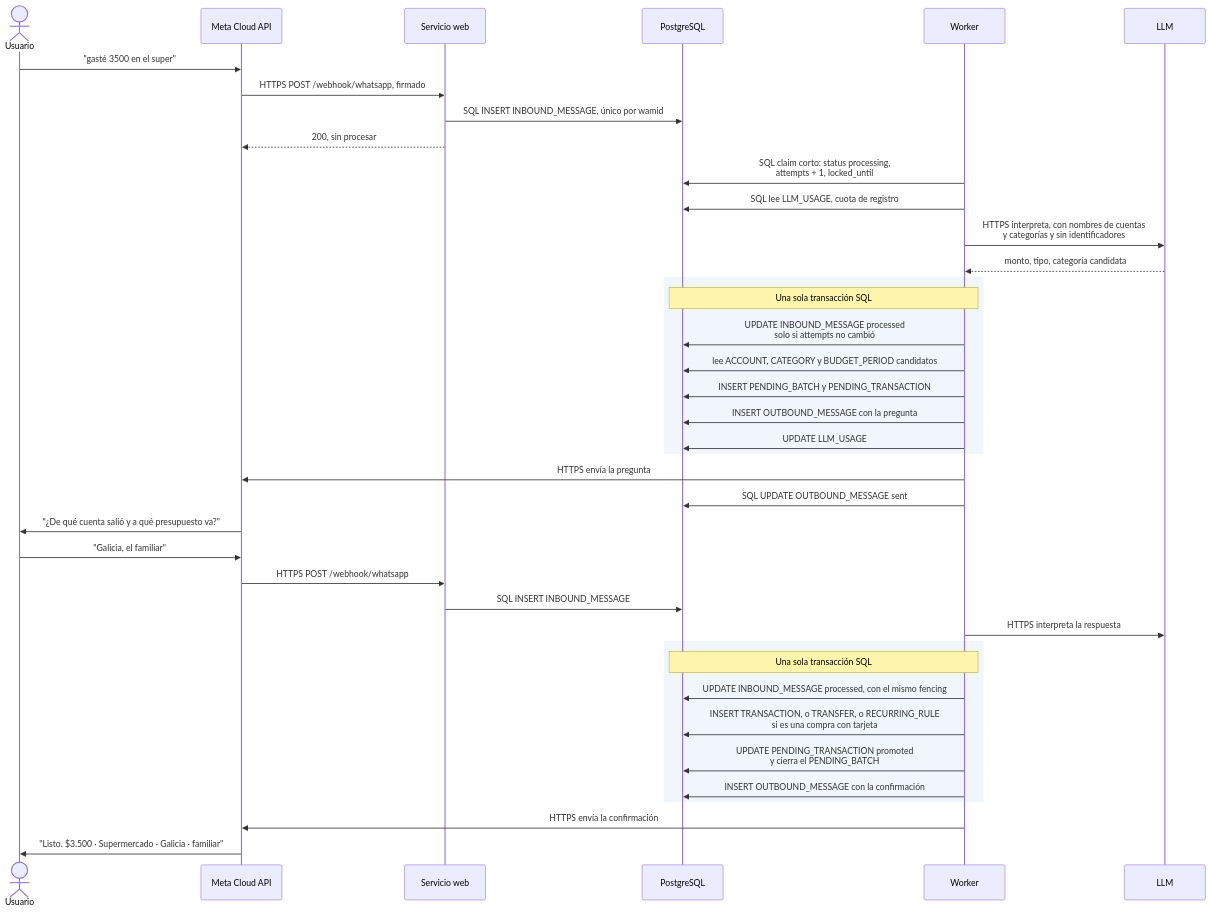
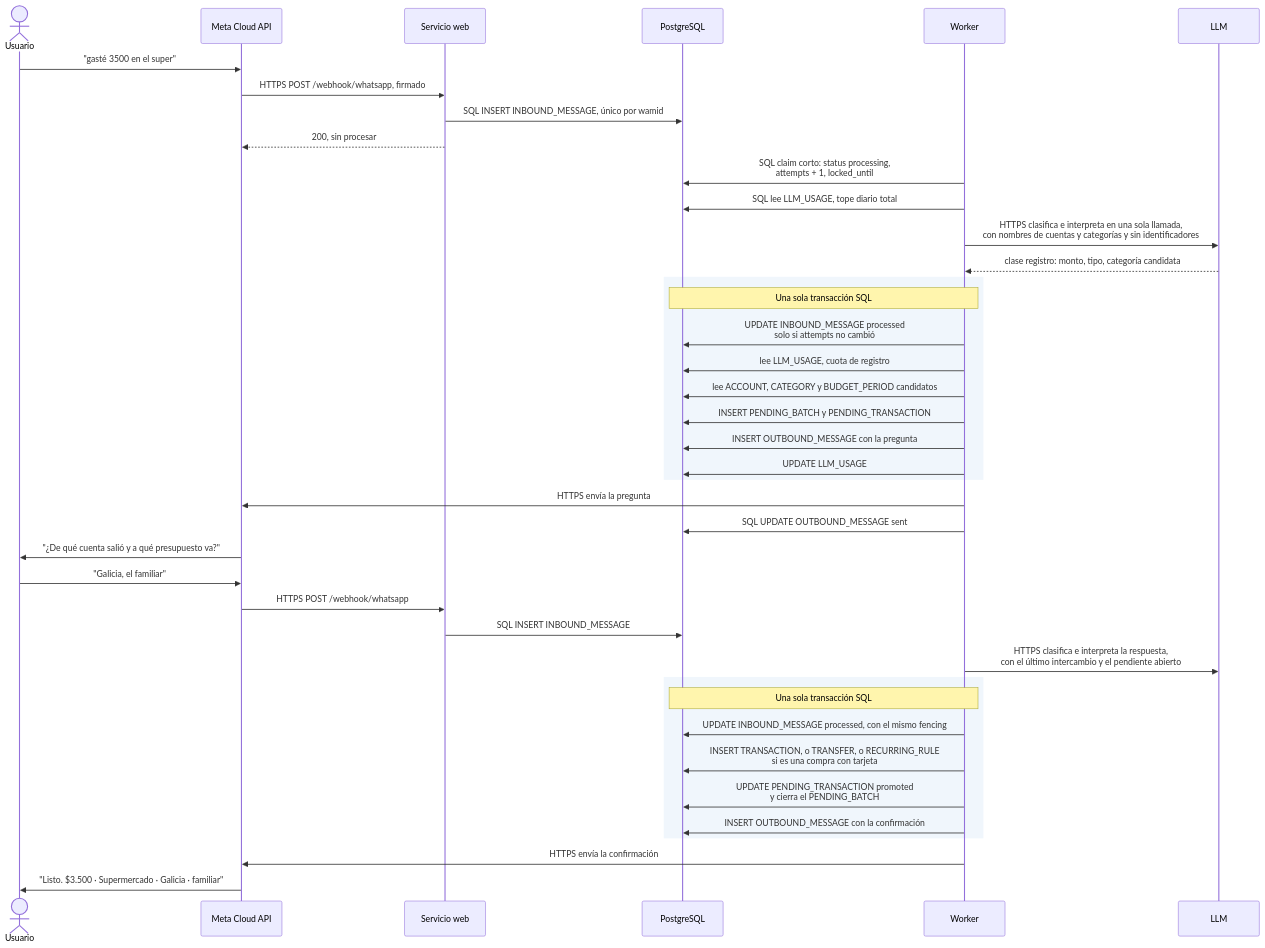
One commit to verozacarias-prog/AI4Devs-finalproject changed the fourth of 12 diagrams in docs/recorrido-completo.md. Above: the diagram before and after it, drawn with Mermaid. The commit also changed other lines of this file and 25 other files, not shown here.

````diff
--- a/docs/recorrido-completo.md
+++ b/docs/recorrido-completo.md
@@ -177,42 +181,43 @@
 ```mermaid
 sequenceDiagram
     actor U as Usuario
     participant M as Meta Cloud API
     participant API as Servicio web
     participant DB as PostgreSQL
     participant W as Worker
     participant L as LLM
 
     U->>M: "gasté 3500 en el super"
     M->>API: HTTPS POST /webhook/whatsapp, firmado
     API->>DB: SQL INSERT INBOUND_MESSAGE, único por wamid
     API-->>M: 200, sin procesar
     W->>DB: SQL claim corto: status processing,<br/>attempts + 1, locked_until
-    W->>DB: SQL lee LLM_USAGE, cuota de registro
-    W->>L: HTTPS interpreta, con nombres de cuentas<br/>y categorías y sin identificadores
-    L-->>W: monto, tipo, categoría candidata
+    W->>DB: SQL lee LLM_USAGE, tope diario total
+    W->>L: HTTPS clasifica e interpreta en una sola llamada,<br/>con nombres de cuentas y categorías y sin identificadores
+    L-->>W: clase registro: monto, tipo, categoría candidata
     rect rgb(240, 246, 252)
         Note over W,DB: Una sola transacción SQL
         W->>DB: UPDATE INBOUND_MESSAGE processed<br/>solo si attempts no cambió
+        W->>DB: lee LLM_USAGE, cuota de registro
         W->>DB: lee ACCOUNT, CATEGORY y BUDGET_PERIOD candidatos
         W->>DB: INSERT PENDING_BATCH y PENDING_TRANSACTION
         W->>DB: INSERT OUTBOUND_MESSAGE con la pregunta
         W->>DB: UPDATE LLM_USAGE
     end
     W->>M: HTTPS envía la pregunta
     W->>DB: SQL UPDATE OUTBOUND_MESSAGE sent
     M->>U: "¿De qué cuenta salió y a qué presupuesto va?"
     U->>M: "Galicia, el familiar"
     M->>API: HTTPS POST /webhook/whatsapp
     API->>DB: SQL INSERT INBOUND_MESSAGE
-    W->>L: HTTPS interpreta la respuesta
+    W->>L: HTTPS clasifica e interpreta la respuesta,<br/>con el último intercambio y el pendiente abierto
     rect rgb(240, 246, 252)
         Note over W,DB: Una sola transacción SQL
         W->>DB: UPDATE INBOUND_MESSAGE processed, con el mismo fencing
         W->>DB: INSERT TRANSACTION, o TRANSFER, o RECURRING_RULE<br/>si es una compra con tarjeta
         W->>DB: UPDATE PENDING_TRANSACTION promoted<br/>y cierra el PENDING_BATCH
         W->>DB: INSERT OUTBOUND_MESSAGE con la confirmación
     end
     W->>M: HTTPS envía la confirmación
     M->>U: "Listo. $3.500 · Supermercado · Galicia · familiar"
 ```
````
